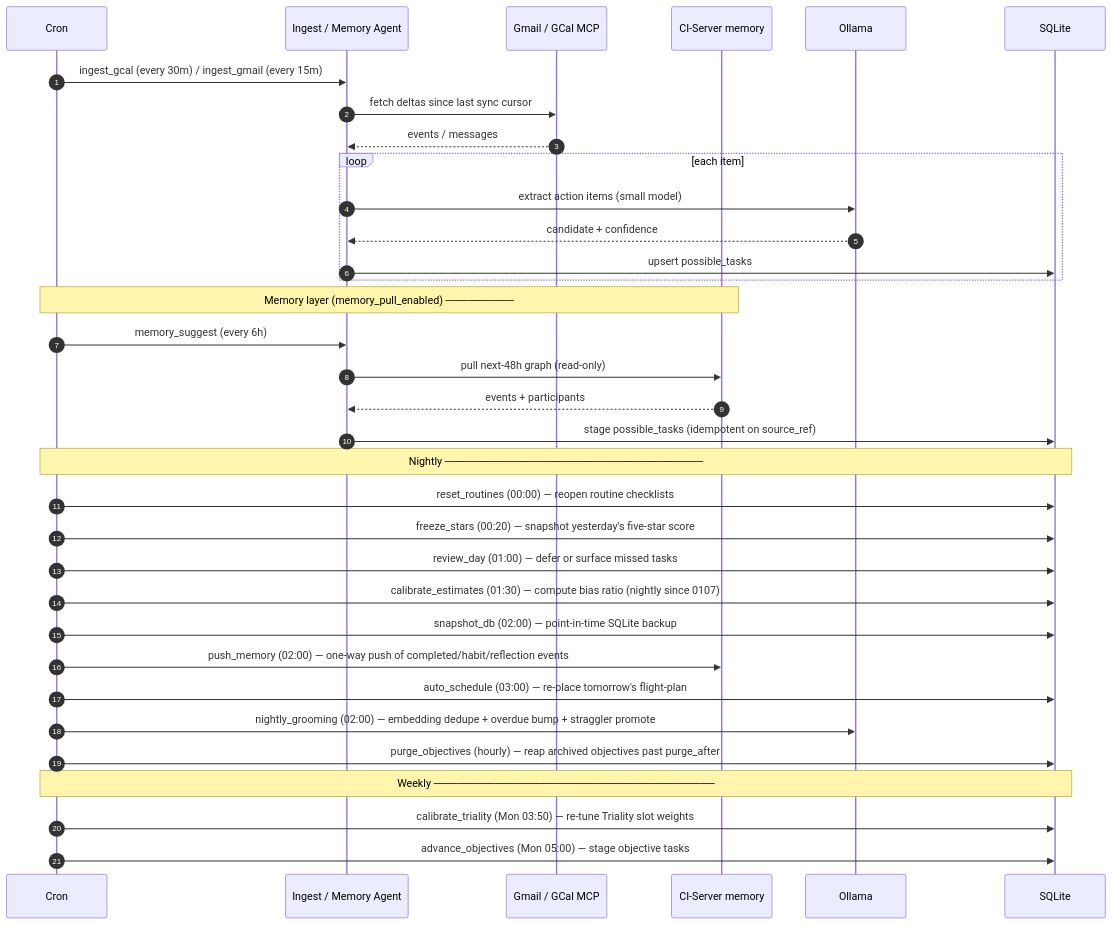
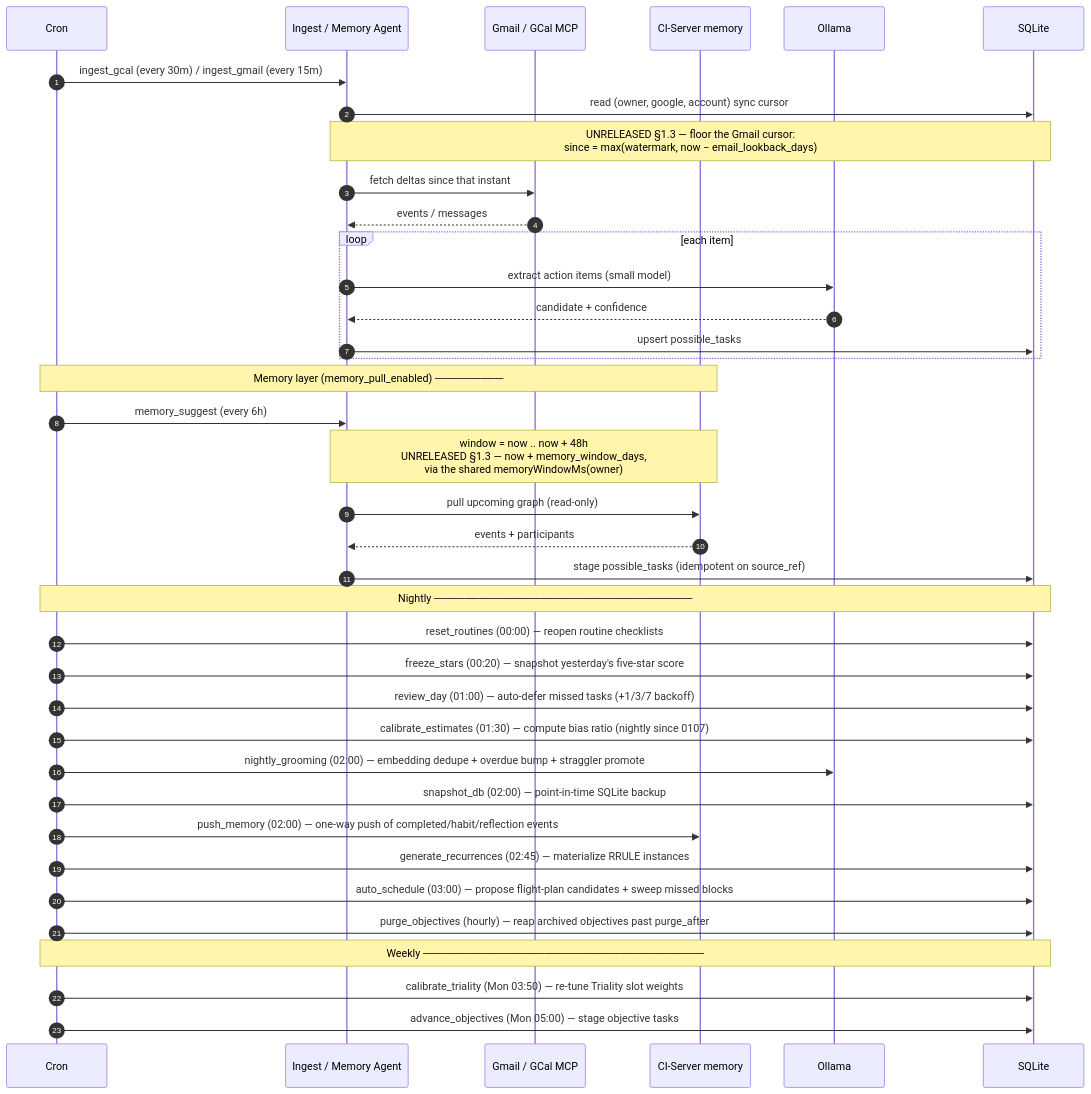
One commit to companionintelligence/CI-Planning changed the third of 7 diagrams in ARCHITECTURE.md. Above: the diagram before and after it, drawn with Mermaid. The commit also changed other lines of this file and 1 other file, not shown here.

First line of the commit message:
docs: UML + lifecycle + scheduling diagrams, and the unmerged 0147 work

````diff
--- a/ARCHITECTURE.md
+++ b/ARCHITECTURE.md
@@ -337,41 +425,45 @@
 ```mermaid
 sequenceDiagram
     autonumber
     participant Cron
     participant Ing as Ingest / Memory Agent
     participant MCP as Gmail / GCal MCP
     participant Mem as CI-Server memory
     participant LLM as Ollama
     participant DB as SQLite
 
     Cron->>Ing: ingest_gcal (every 30m) / ingest_gmail (every 15m)
-    Ing->>MCP: fetch deltas since last sync cursor
+    Ing->>DB: read (owner, google, account) sync cursor
+    Note over Ing,DB: UNRELEASED §1.3 — floor the Gmail cursor:<br/>since = max(watermark, now − email_lookback_days)
+    Ing->>MCP: fetch deltas since that instant
     MCP-->>Ing: events / messages
     loop each item
         Ing->>LLM: extract action items (small model)
         LLM-->>Ing: candidate + confidence
         Ing->>DB: upsert possible_tasks
     end
 
     Note over Cron,Mem: Memory layer (memory_pull_enabled) ─────────
     Cron->>Ing: memory_suggest (every 6h)
-    Ing->>Mem: pull next-48h graph (read-only)
+    Note over Ing,Mem: window = now .. now + 48h<br/>UNRELEASED §1.3 — now + memory_window_days,<br/>via the shared memoryWindowMs(owner)
+    Ing->>Mem: pull upcoming graph (read-only)
     Mem-->>Ing: events + participants
     Ing->>DB: stage possible_tasks (idempotent on source_ref)
 
     Note over Cron,DB: Nightly ──────────────────────────────────
     Cron->>DB: reset_routines (00:00) — reopen routine checklists
     Cron->>DB: freeze_stars (00:20) — snapshot yesterday's five-star score
-    Cron->>DB: review_day (01:00) — defer or surface missed tasks
+    Cron->>DB: review_day (01:00) — auto-defer missed tasks (+1/3/7 backoff)
     Cron->>DB: calibrate_estimates (01:30) — compute bias ratio (nightly since 0107)
+    Cron->>LLM: nightly_grooming (02:00) — embedding dedupe + overdue bump + straggler promote
     Cron->>DB: snapshot_db (02:00) — point-in-time SQLite backup
     Cron->>Mem: push_memory (02:00) — one-way push of completed/habit/reflection events
-    Cron->>DB: auto_schedule (03:00) — re-place tomorrow's flight-plan
-    Cron->>LLM: nightly_grooming (02:00) — embedding dedupe + overdue bump + straggler promote
+    Cron->>DB: generate_recurrences (02:45) — materialize RRULE instances
+    Cron->>DB: auto_schedule (03:00) — propose flight-plan candidates + sweep missed blocks
 
     Cron->>DB: purge_objectives (hourly) — reap archived objectives past purge_after
 
     Note over Cron,DB: Weekly ─────────────────────────────────────
     Cron->>DB: calibrate_triality (Mon 03:50) — re-tune Triality slot weights
     Cron->>DB: advance_objectives (Mon 05:00) — stage objective tasks
 ```
````
